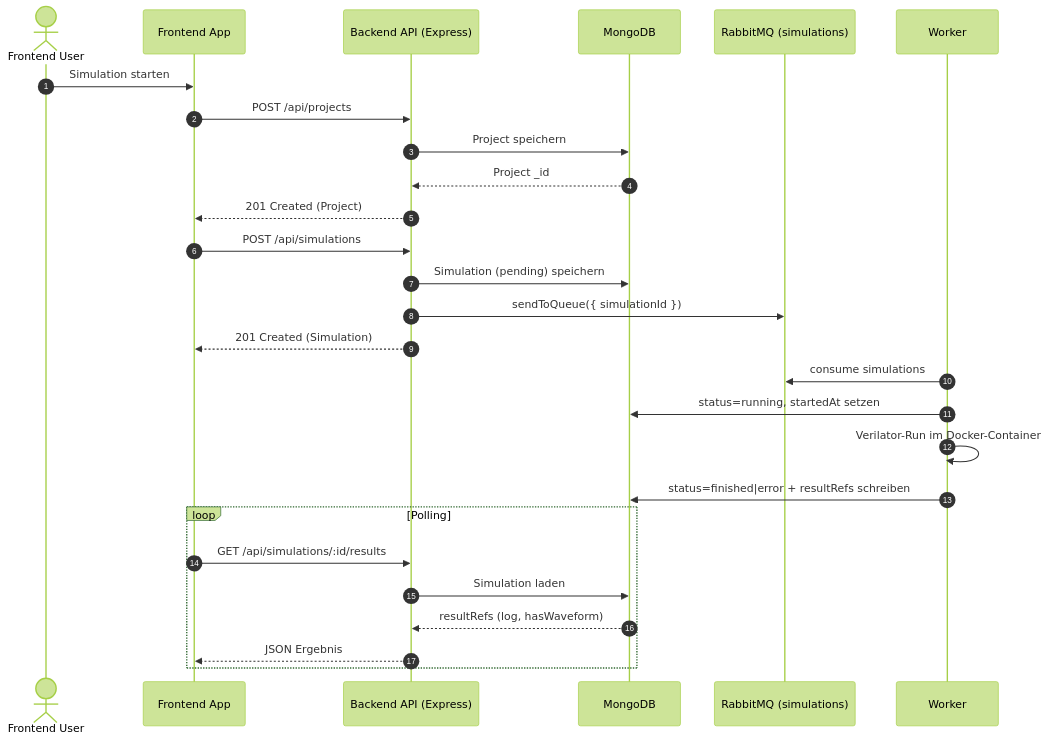
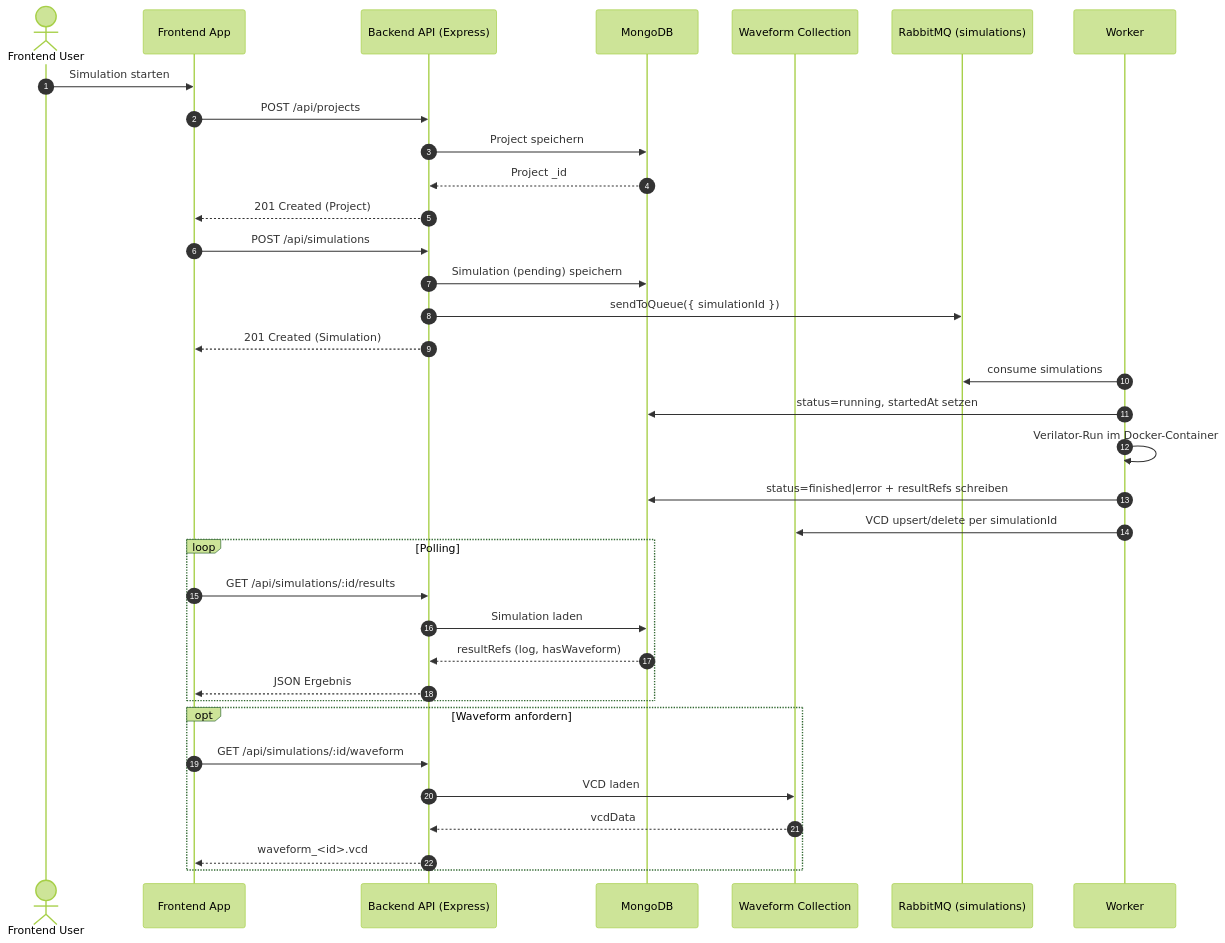
Before and after one commit to TrainWayne97/HDLab: the first of 2 diagrams in apps/backend/README.md, drawn with Mermaid (forest theme). The commit also changed other lines of this file and 3 other files, not shown here.

````diff
--- a/apps/backend/README.md
+++ b/apps/backend/README.md
@@ -40,33 +40,42 @@
 ```mermaid
 sequenceDiagram
 	autonumber
 	actor U as Frontend User
 	participant F as Frontend App
 	participant B as Backend API (Express)
 	participant DB as MongoDB
+	participant WF as Waveform Collection
 	participant MQ as RabbitMQ (simulations)
 	participant W as Worker
 
 	U->>F: Simulation starten
 	F->>B: POST /api/projects
 	B->>DB: Project speichern
 	DB-->>B: Project _id
 	B-->>F: 201 Created (Project)
 
 	F->>B: POST /api/simulations
 	B->>DB: Simulation (pending) speichern
 	B->>MQ: sendToQueue({ simulationId })
 	B-->>F: 201 Created (Simulation)
 
 	W->>MQ: consume simulations
 	W->>DB: status=running, startedAt setzen
 	W->>W: Verilator-Run im Docker-Container
 	W->>DB: status=finished|error + resultRefs schreiben
+	W->>WF: VCD upsert/delete per simulationId
 
 	loop Polling
 		F->>B: GET /api/simulations/:id/results
 		B->>DB: Simulation laden
 		DB-->>B: resultRefs (log, hasWaveform)
 		B-->>F: JSON Ergebnis
 	end
+
+	opt Waveform anfordern
+		F->>B: GET /api/simulations/:id/waveform
+		B->>WF: VCD laden
+		WF-->>B: vcdData
+		B-->>F: waveform_<id>.vcd
+	end
 ```
````
